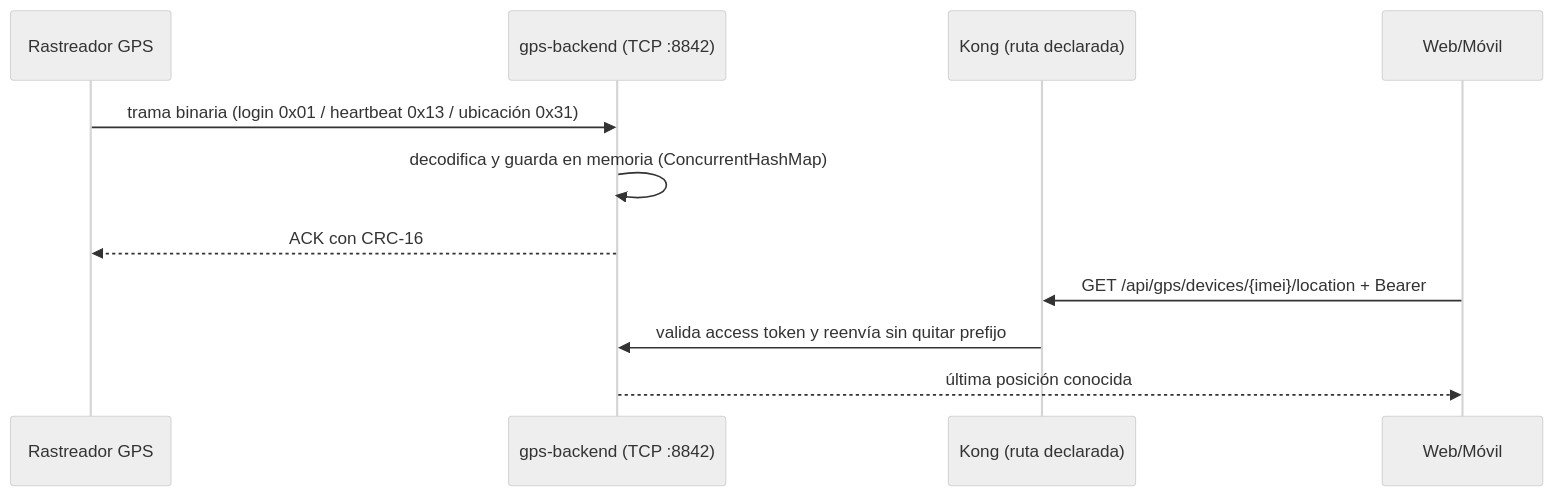
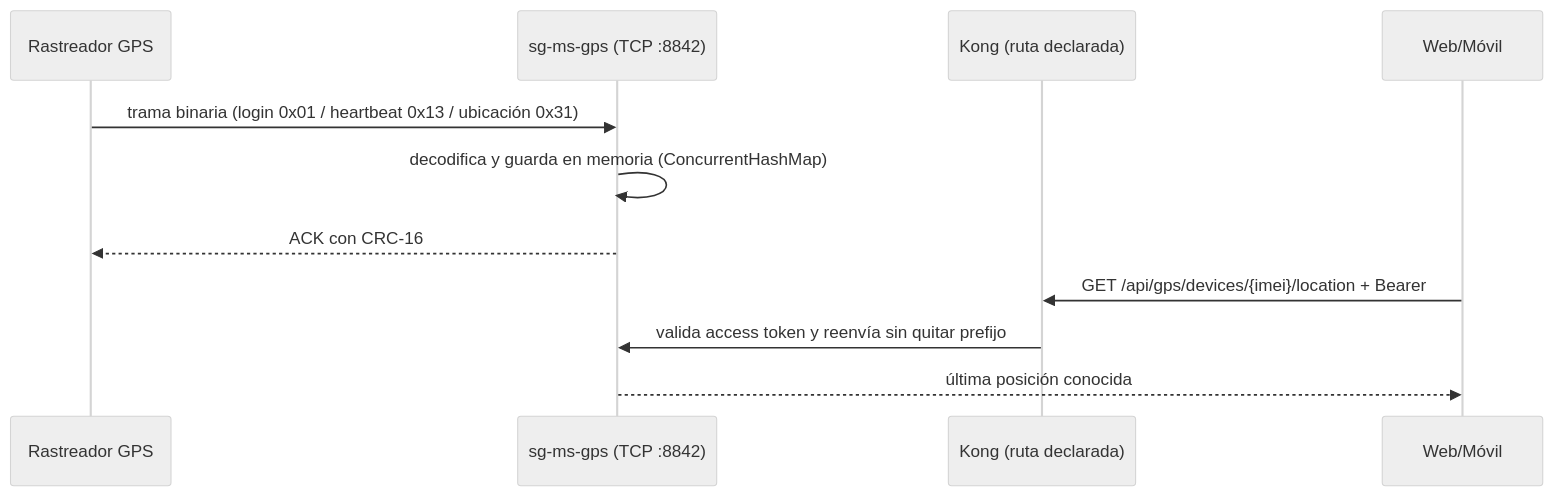
The eighth of 12 diagrams in 04-final-delivery/03-school-guardian/08-manuals/technical-manual.md (code-sena/ADSO-3145556), drawn with Mermaid (neutral theme) before and after one commit. The commit also changed other lines of this file and 8 other files, not shown here.

````diff
--- a/04-final-delivery/03-school-guardian/08-manuals/technical-manual.md
+++ b/04-final-delivery/03-school-guardian/08-manuals/technical-manual.md
@@ -454,13 +455,13 @@
 ```mermaid
 sequenceDiagram
     participant Dev as Rastreador GPS
-    participant GPS as gps-backend (TCP :8842)
+    participant GPS as sg-ms-gps (TCP :8842)
     participant K as Kong (ruta declarada)
     participant Cli as Web/Móvil
     Dev->>GPS: trama binaria (login 0x01 / heartbeat 0x13 / ubicación 0x31)
     GPS->>GPS: decodifica y guarda en memoria (ConcurrentHashMap)
     GPS-->>Dev: ACK con CRC-16
     Cli->>K: GET /api/gps/devices/{imei}/location + Bearer
     K->>GPS: valida access token y reenvía sin quitar prefijo
     GPS-->>Cli: última posición conocida
 ```
````
